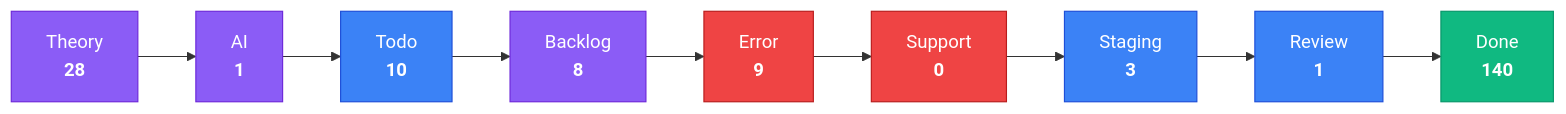
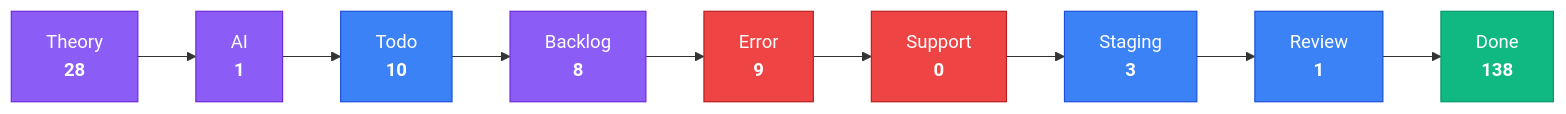
The third of 4 diagrams in apps/kbve/astro-kbve/src/content/docs/dashboard/kanban-data.mdx (KBVE/kbve), drawn with Mermaid before and after one commit. The commit also changed other lines of this file and 8 other files, not shown here.

````diff
--- a/apps/kbve/astro-kbve/src/content/docs/dashboard/kanban-data.mdx
+++ b/apps/kbve/astro-kbve/src/content/docs/dashboard/kanban-data.mdx
@@ -80,28 +80,28 @@
 ```mermaid
 flowchart LR
     classDef planning fill:#8b5cf6,stroke:#6d28d9,color:#fff
     classDef active fill:#3b82f6,stroke:#1d4ed8,color:#fff
     classDef blocked fill:#ef4444,stroke:#b91c1c,color:#fff
     classDef done fill:#10b981,stroke:#059669,color:#fff
     Theory["Theory<br/><strong>28</strong>"]
     Theory --> AI
     AI["AI<br/><strong>1</strong>"]
     AI --> Todo
     Todo["Todo<br/><strong>10</strong>"]
     Todo --> Backlog
     Backlog["Backlog<br/><strong>8</strong>"]
     Backlog --> Error
     Error["Error<br/><strong>9</strong>"]
     Error --> Support
     Support["Support<br/><strong>0</strong>"]
     Support --> Staging
     Staging["Staging<br/><strong>3</strong>"]
     Staging --> Review
     Review["Review<br/><strong>1</strong>"]
     Review --> Done
-    Done["Done<br/><strong>140</strong>"]
+    Done["Done<br/><strong>138</strong>"]
     class Theory,AI,Backlog planning
     class Todo,Staging,Review active
     class Error,Support blocked
     class Done done
 ```
````
